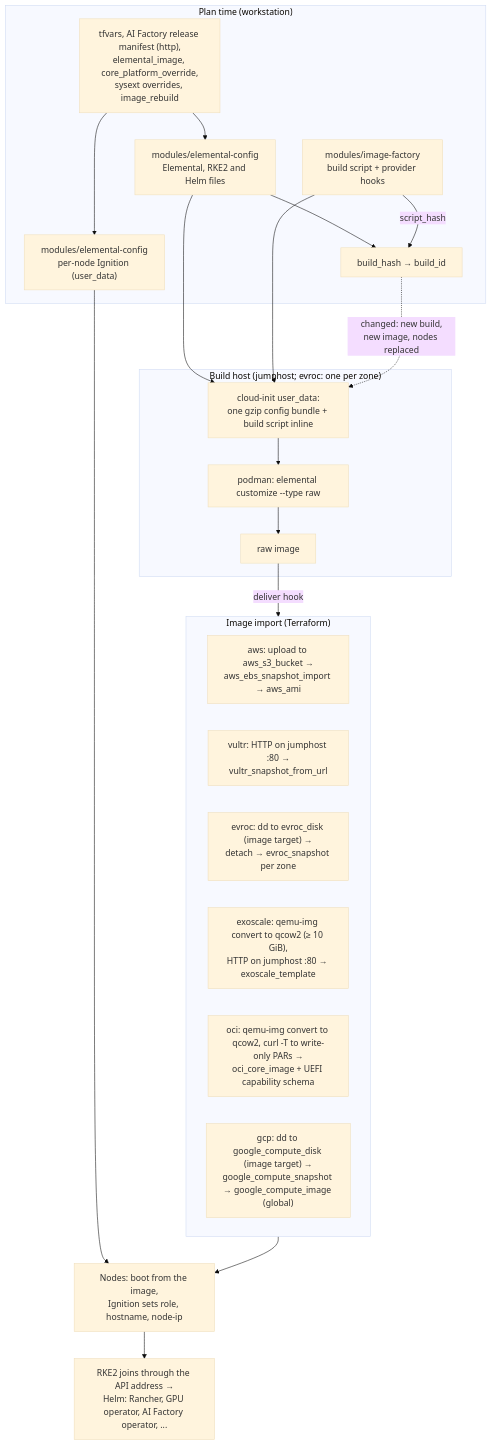
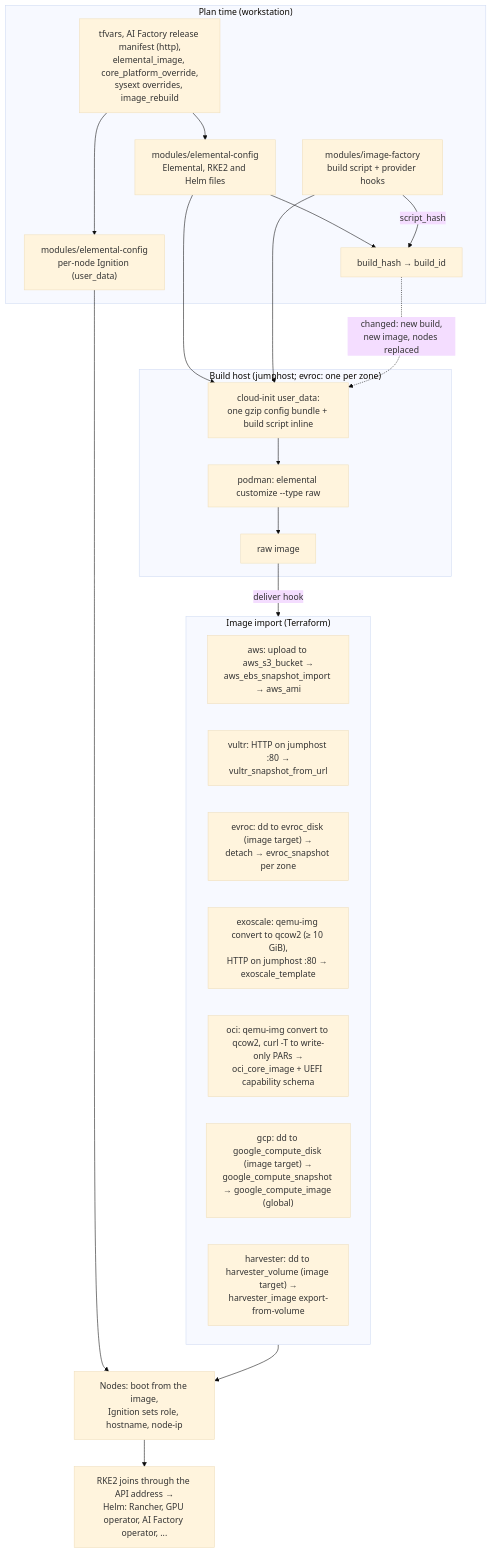
Before and after one commit to e-minguez/suse-ai-factory-cloud-providers: the second of 18 diagrams in docs/architecture.md, drawn with Mermaid (base theme). The commit also changed other lines of this file and 149 other files, not shown here.

````diff
--- a/docs/architecture.md
+++ b/docs/architecture.md
@@ -37,40 +37,41 @@
 ```mermaid
 flowchart TD
     subgraph plan_time ["Plan time (workstation)"]
         inputs["tfvars, AI Factory release manifest (http),<br/>elemental_image, core_platform_override,<br/>sysext overrides, image_rebuild"]
         ec["modules/elemental-config<br/>Elemental, RKE2 and Helm files"]
         ign["modules/elemental-config<br/>per-node Ignition (user_data)"]
         hash["build_hash → build_id"]
         fac["modules/image-factory<br/>build script + provider hooks"]
         inputs --> ec
         ec --> hash
         fac -- "script_hash" --> hash
         inputs --> ign
     end
 
     subgraph build_host ["Build host (jumphost; evroc: one per zone)"]
         ud["cloud-init user_data:<br/>one gzip config bundle + build script inline"]
         cust["podman: elemental customize --type raw"]
         raw["raw image"]
         ud --> cust --> raw
     end
 
     ec --> ud
     fac --> ud
     hash -. "changed: new build,<br/>new image, nodes replaced" .-> ud
 
     raw -- "deliver hook" --> deliver
 
     subgraph deliver ["Image import (Terraform)"]
         aws["aws: upload to aws_s3_bucket →<br/>aws_ebs_snapshot_import → aws_ami"]
         vultr["vultr: HTTP on jumphost :80 →<br/>vultr_snapshot_from_url"]
         evroc["evroc: dd to evroc_disk (image target) →<br/>detach → evroc_snapshot per zone"]
         exoscale["exoscale: qemu-img convert to qcow2 (≥ 10 GiB),<br/>HTTP on jumphost :80 → exoscale_template"]
         oci["oci: qemu-img convert to qcow2, curl -T to write-only PARs →<br/>oci_core_image + UEFI capability schema"]
         gcp["gcp: dd to google_compute_disk (image target) →<br/>google_compute_snapshot → google_compute_image (global)"]
+        harvester["harvester: dd to harvester_volume (image target) →<br/>harvester_image export-from-volume"]
     end
 
     deliver --> nodes["Nodes: boot from the image,<br/>Ignition sets role, hostname, node-ip"]
     ign --> nodes
     nodes --> rke2["RKE2 joins through the API address →<br/>Helm: Rancher, GPU operator, AI Factory operator, ..."]
 ```
````
